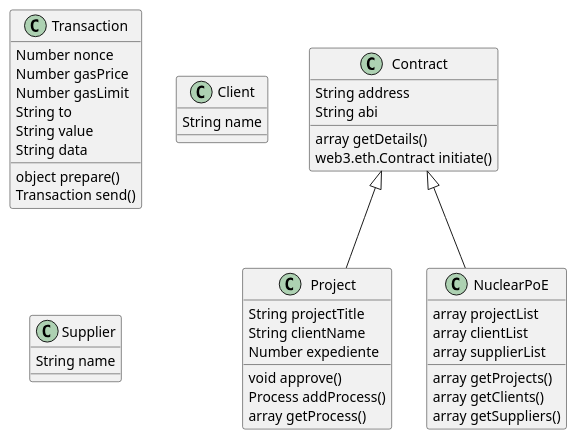
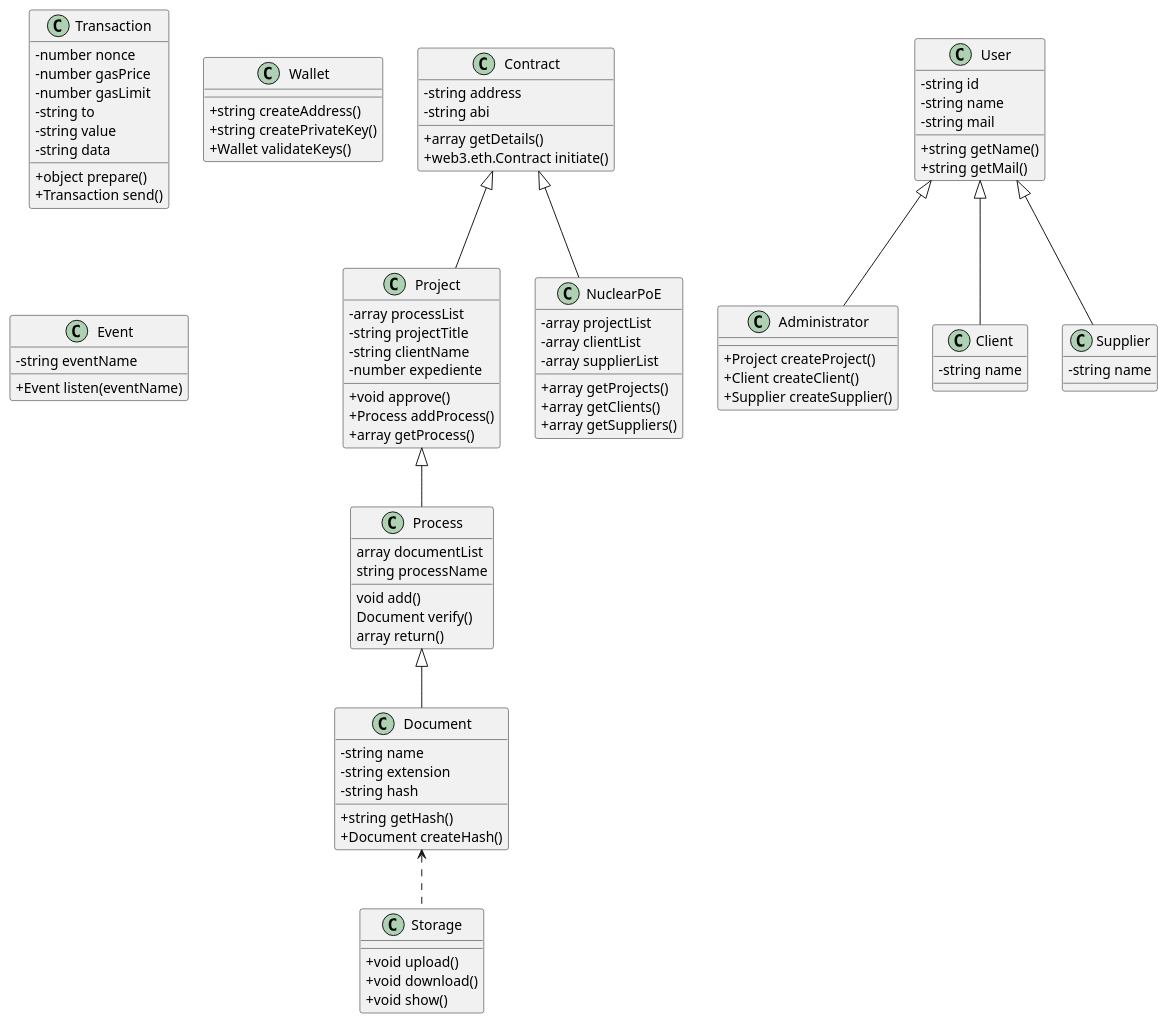
One commit to nuclearis-labs/nuclearistrack changed the diagram in diagrams/Classes.wsd. Above: the diagram before and after it, drawn with PlantUML. The commit also changed 10 other files, not shown here.

```diff
--- a/diagrams/Classes.wsd
+++ b/diagrams/Classes.wsd
@@ -1,49 +1,107 @@
 @startuml Classes
 
+skinparam classAttributeIconSize 0
+
 class Contract {
-    String address
-    String abi
-    array getDetails()
-    web3.eth.Contract initiate()
+    - string address
+    - string abi
+    + array getDetails()
+    + web3.eth.Contract initiate()
 }
 
 class Project {
-    String projectTitle
-    String clientName
-    Number expediente
-    void approve()
-    Process addProcess()
-    array getProcess()
+    - array processList
+    - string projectTitle
+    - string clientName
+    - number expediente
+    + void approve()
+    + Process addProcess()
+    + array getProcess()
     }
 
 class NuclearPoE {
-    array projectList
-    array clientList
-    array supplierList
-    array getProjects()
-    array getClients()
-    array getSuppliers()
+    - array projectList
+    - array clientList
+    - array supplierList
+    + array getProjects()
+    + array getClients()
+    + array getSuppliers()
     }
 
 class Transaction {
-    Number nonce
-    Number gasPrice
-    Number gasLimit
-    String to
-    String value
-    String data
-    object prepare()
-    Transaction send()
+    - number nonce
+    - number gasPrice
+    - number gasLimit
+    - string to
+    - string value
+    - string data
+    + object prepare()
+    + Transaction send()
+}
+
+class User {
+    - string id
+    - string name
+    - string mail
+    + string getName()
+    + string getMail()
+}
+
+class Administrator {
+    + Project createProject()
+    + Client createClient()
+    + Supplier createSupplier()
+}
+
+class Wallet {
+    + string createAddress()
+    + string createPrivateKey()
+    + Wallet validateKeys()
+}
+
+class Document {
+    - string name
+    - string extension
+    - string hash
+    + string getHash()
+    + Document createHash()
+}
+
+class Storage {
+    + void upload()
+    + void download()
+    + void show()
+}
+
+class Event {
+    - string eventName
+    + {method} Event listen(eventName)
 }
 
 class Client {
-    String name
+    - string name
 }
 class Supplier {
-    String name
+    - string name
+}
+class Process {
+    array documentList
+    string processName
+    void add()
+    Document verify()
+    array return()
 }
 
     Contract ^-- Project
     Contract ^-- NuclearPoE
 
+    User ^-- Administrator
+    User ^-- Client
+    User ^-- Supplier
+
+    Project ^-- Process
+
+    Process ^-- Document
+    Document <.. Storage
+
 @enduml
```
